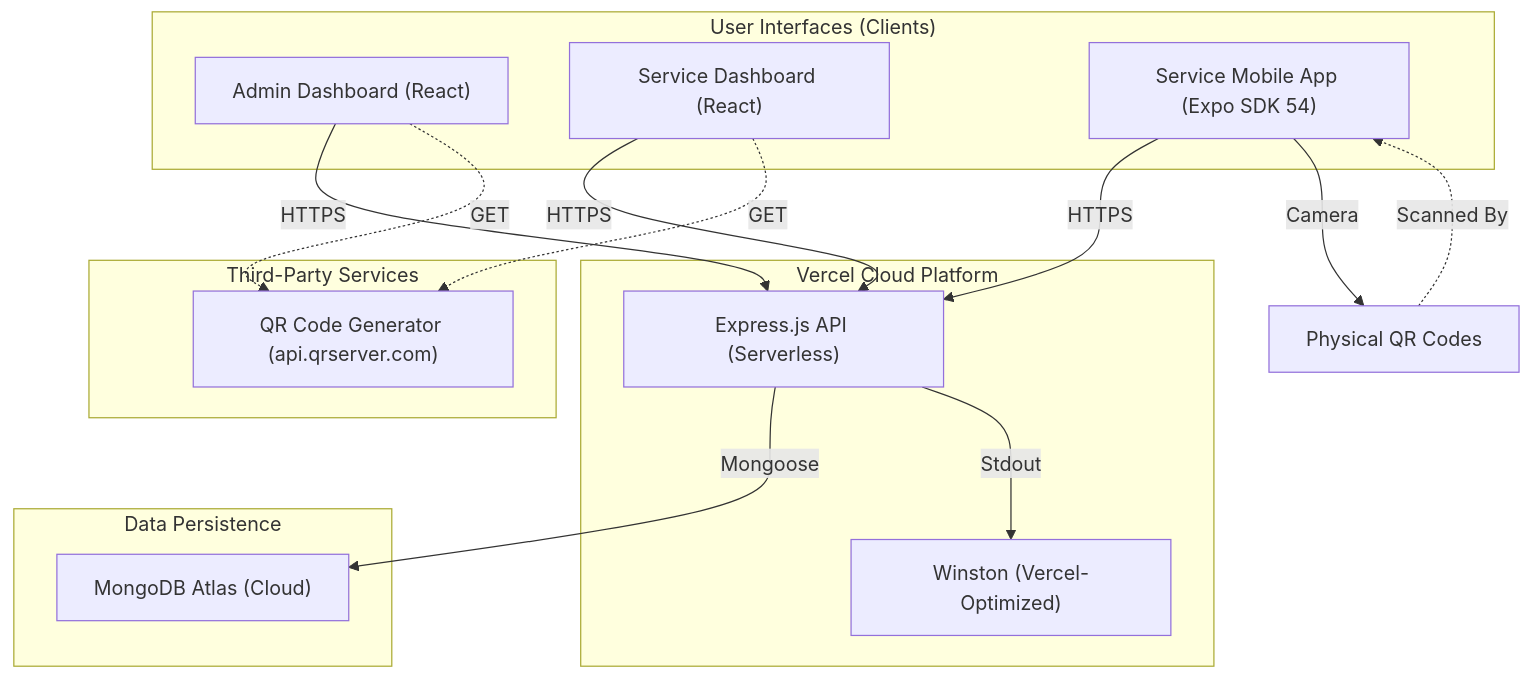
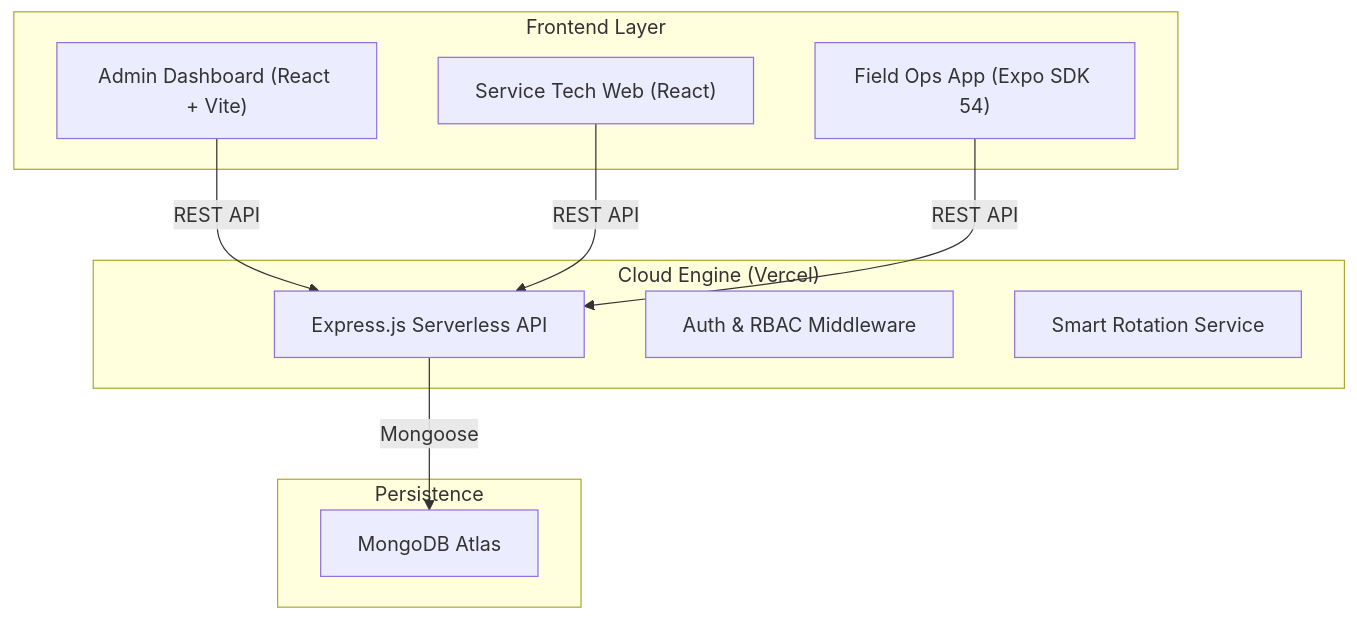
Before and after one commit to NS145/GearPilot: the second of 2 diagrams in README.md, drawn with Mermaid. The commit also changed other lines of this file and 2 other files, not shown here.

Commit message:
ui: move QR feature to service panel and add preview modal

````diff
--- a/README.md
+++ b/README.md
@@ -17,34 +42,23 @@
 ```mermaid
 graph TD
-    subgraph Clients["User Interfaces (Clients)"]
-        WebAdmin["Admin Dashboard (React)"]
-        WebService["Service Dashboard (React)"]
-        MobileApp["Service Mobile App (Expo SDK 54)"]
+    subgraph Clients["Frontend Layer"]
+        WebAdmin["Admin Dashboard (React + Vite)"]
+        WebService["Service Tech Web (React)"]
+        MobileApp["Field Ops App (Expo SDK 54)"]
     end
 
-    subgraph Vercel["Vercel Cloud Platform"]
-        API["Express.js API (Serverless)"]
-        Logger["Winston (Vercel-Optimized)"]
+    subgraph Backend["Cloud Engine (Vercel)"]
+        API["Express.js Serverless API"]
+        JWT["Auth & RBAC Middleware"]
+        Logic["Smart Rotation Service"]
     end
 
-    subgraph Database["Data Persistence"]
-        MongoDB["MongoDB Atlas (Cloud)"]
+    subgraph Data["Persistence"]
+        MongoDB["MongoDB Atlas"]
     end
 
-    subgraph External["Third-Party Services"]
-        QRAPI["QR Code Generator (api.qrserver.com)"]
-    end
-
-    WebAdmin -->|HTTPS| API
-    WebService -->|HTTPS| API
-    MobileApp -->|HTTPS| API
-    
+    WebAdmin -->|REST API| API
+    WebService -->|REST API| API
+    MobileApp -->|REST API| API
     API -->|Mongoose| MongoDB
-    API -->|Stdout| Logger
-    
-    WebAdmin -.->|GET| QRAPI
-    WebService -.->|GET| QRAPI
-    
-    MobileApp -->|Camera| QR["Physical QR Codes"]
-    QR -.->|Scanned By| MobileApp
 ```
````
